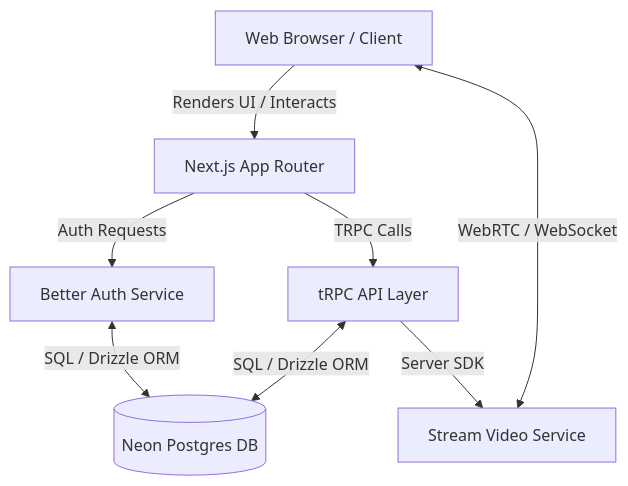
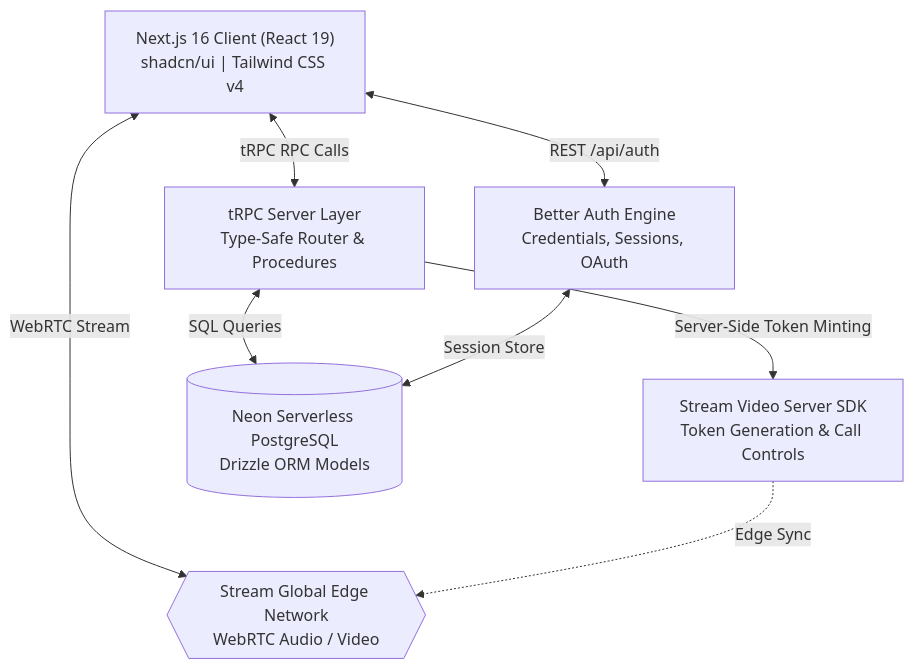
One commit to Rohit-hub-coder/meridian-ai changed the first of 3 diagrams in README.md. Above: the diagram before and after it, drawn with Mermaid. The commit also changed other lines of this file and 1 other file, not shown here.

Commit message:
docs: polish README with architecture, tRPC procedures, and add MIT LICENSE

````diff
--- a/README.md
+++ b/README.md
@@ -30,17 +52,18 @@
 ```mermaid
 graph TD
-    Client[Web Browser / Client]
-    NextJS[Next.js App Router]
-    tRPC[tRPC API Layer]
-    BetterAuth[Better Auth Service]
-    Stream[Stream Video Service]
-    Neon[(Neon Postgres DB)]
-    
-    Client -->|Renders UI / Interacts| NextJS
-    NextJS -->|TRPC Calls| tRPC
-    NextJS -->|Auth Requests| BetterAuth
-    Client <-->|WebRTC / WebSocket| Stream
-    tRPC <-->|SQL / Drizzle ORM| Neon
-    BetterAuth <-->|SQL / Drizzle ORM| Neon
-    tRPC -->|Server SDK| Stream
+    Client["Next.js 16 Client (React 19)<br/>shadcn/ui | Tailwind CSS v4"]
+    tRPC["tRPC Server Layer<br/>Type-Safe Router & Procedures"]
+    BetterAuth["Better Auth Engine<br/>Credentials, Sessions, OAuth"]
+    StreamAPI["Stream Video Server SDK<br/>Token Generation & Call Controls"]
+    NeonDB[("Neon Serverless PostgreSQL<br/>Drizzle ORM Models")]
+    StreamEdge{{"Stream Global Edge Network<br/>WebRTC Audio / Video"}}
+
+    Client <-->|tRPC RPC Calls| tRPC
+    Client <-->|REST /api/auth| BetterAuth
+    Client <-->|WebRTC Stream| StreamEdge
+
+    tRPC <-->|SQL Queries| NeonDB
+    BetterAuth <-->|Session Store| NeonDB
+    tRPC -->|Server-Side Token Minting| StreamAPI
+    StreamAPI -.->|Edge Sync| StreamEdge
 ```
````
